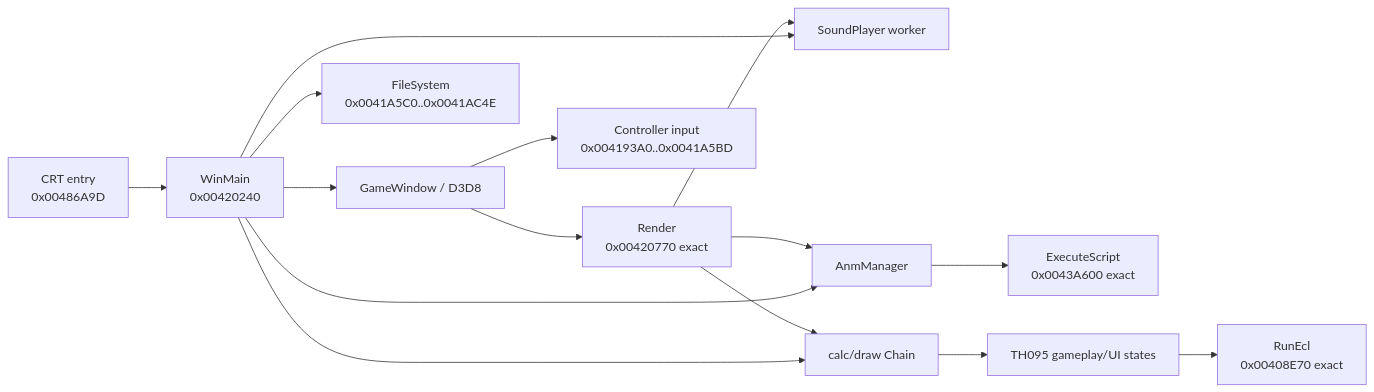
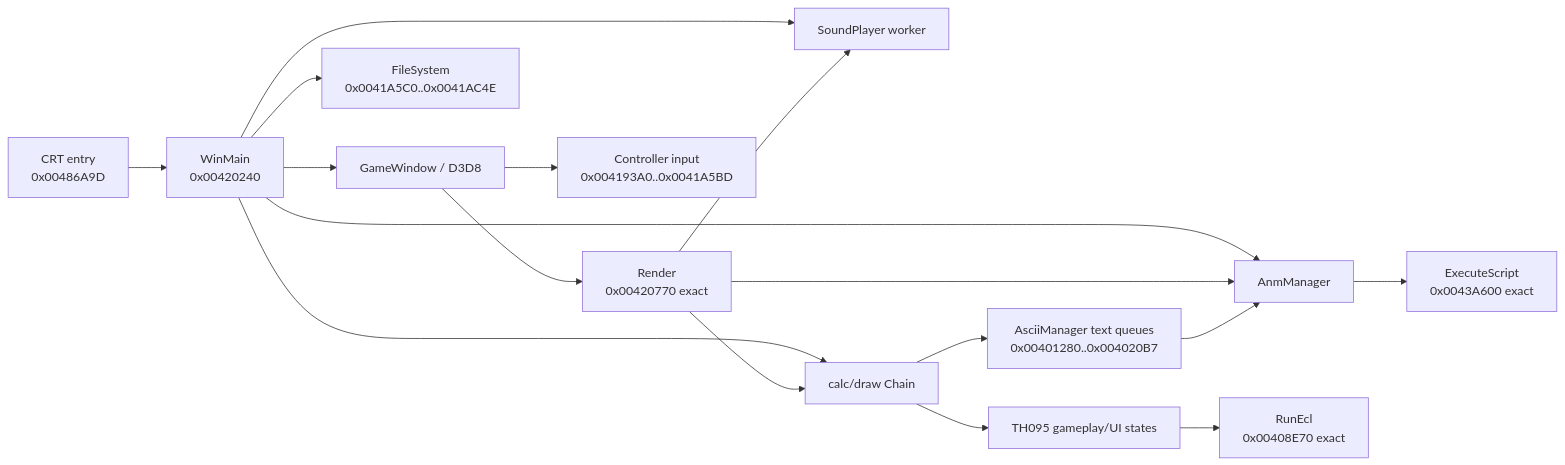
Before and after one commit to N0zoM1z0/th095: the diagram in docs/ARCHITECTURE.md, drawn with Mermaid. The commit also changed other lines of this file and 16 other files, not shown here.

Commit message:
Reconstruct TH095 ASCII manager foundation

````diff
--- a/docs/ARCHITECTURE.md
+++ b/docs/ARCHITECTURE.md
@@ -58,17 +58,19 @@
 ```mermaid
 flowchart LR
     CRT[CRT entry\n0x00486A9D] --> Main[WinMain\n0x00420240]
     Main --> Window[GameWindow / D3D8]
     Main --> Sound[SoundPlayer worker]
     Main --> Chain[calc/draw Chain]
     Main --> Anm[AnmManager]
     Window --> Render[Render\n0x00420770 exact]
     Window --> Input[Controller input\n0x004193A0..0x0041A5BD]
     Main --> Files[FileSystem\n0x0041A5C0..0x0041AC4E]
     Render --> Chain
     Render --> Sound
     Render --> Anm
     Anm --> AnmVM[ExecuteScript\n0x0043A600 exact]
+    Chain --> ASCII[AsciiManager text queues\n0x00401280..0x004020B7]
+    ASCII --> Anm
     Chain --> Game[TH095 gameplay/UI states]
     Game --> EclVM[RunEcl\n0x00408E70 exact]
 ```
````
